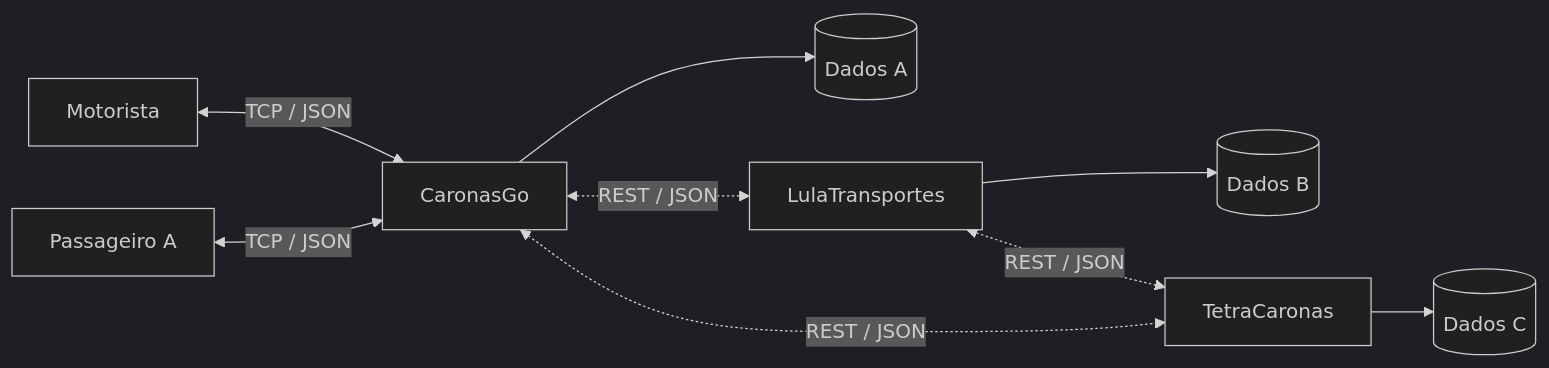
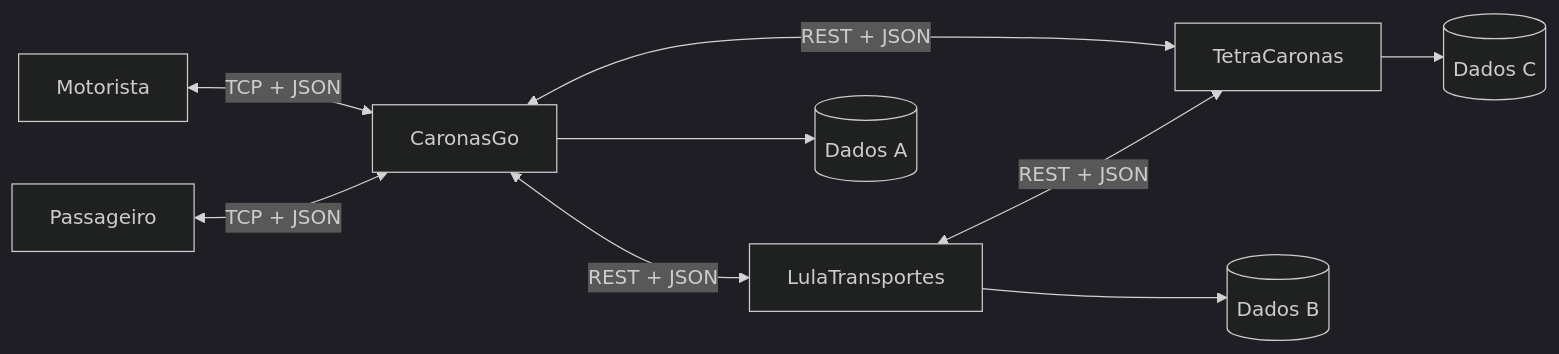
One commit to matheusrodrrgues/vaijunto2 changed the diagram in README.md. Above: the diagram before and after it, drawn with Mermaid (dark theme). The commit also changed other lines of this file and 1 other file, not shown here.

````diff
--- a/README.md
+++ b/README.md
@@ -48,11 +15,11 @@
 ```mermaid
 flowchart LR
-    MA[Motorista] <-->|TCP / JSON| A[CaronasGo]
-    PA[Passageiro A] <-->|TCP / JSON| A
+    M[Motorista] <-->|TCP + JSON| A[CaronasGo]
+    P[Passageiro] <-->|TCP + JSON| A
+    A <--> |REST + JSON| B[LulaTransportes]
+    A <--> |REST + JSON| C[TetraCaronas]
+    B <--> |REST + JSON| C
     A --> DA[(Dados A)]
-    B[LulaTransportes] --> DB[(Dados B)]
-    C[TetraCaronas] --> DC[(Dados C)]
-    A <-. REST / JSON .-> B
-    B <-. REST / JSON .-> C
-    A <-. REST / JSON .-> C
+    B --> DB[(Dados B)]
+    C --> DC[(Dados C)]
 ```
````
